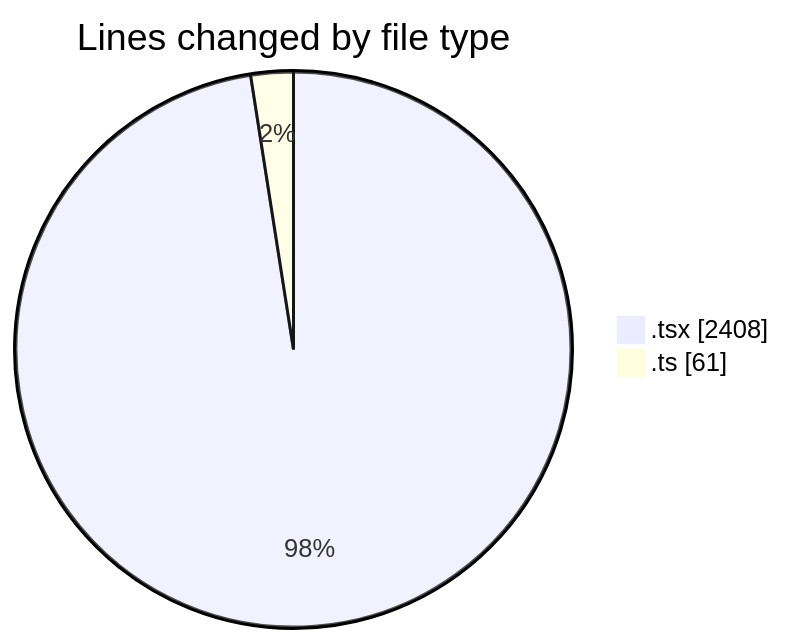
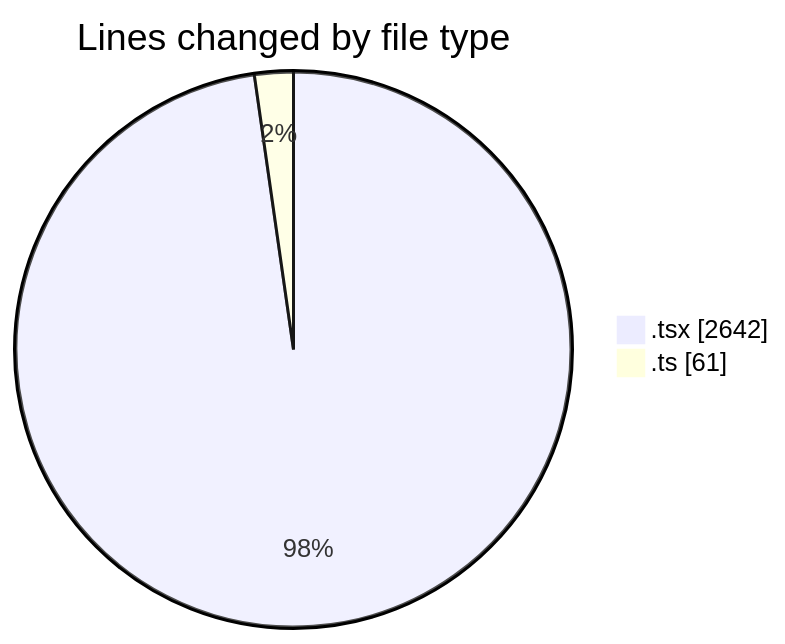
The first of 2 diagrams in 2025-11-18/eventscop-frontend-guide__workspace_/README.md (julien-gomy/code-tracking), drawn with Mermaid before and after one commit. The commit also changed other lines of this file and 1 other file, not shown here.

````diff
--- a/2025-11-18/eventscop-frontend-guide__workspace_/README.md
+++ b/2025-11-18/eventscop-frontend-guide__workspace_/README.md
@@ -31,6 +35,6 @@
 ```mermaid
 pie showData
 title Lines changed by file type
-".tsx" : 2408
+".tsx" : 2642
 ".ts" : 61
 ```
````
